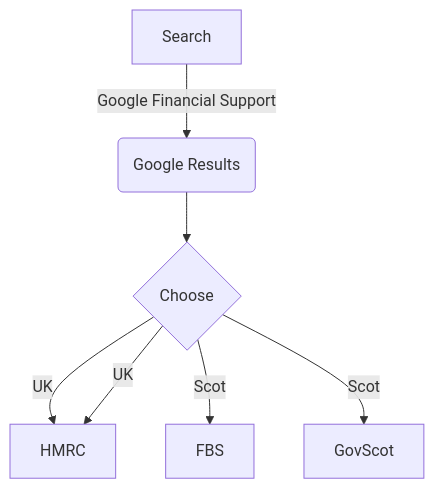
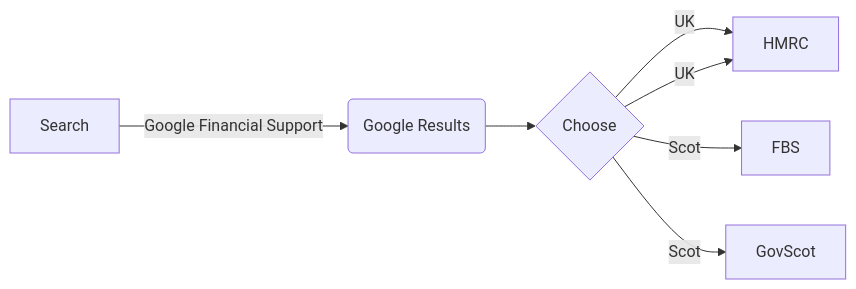
Before and after one commit to scotentSD/testing: the fourth of 5 diagrams in journey.md, drawn with Mermaid.

Commit message:
Update journey.md
mk

```diff
--- a/journey.md
+++ b/journey.md
@@ -32,10 +32,10 @@
 <div class="mermaid">
-graph TD
+graph LR
     A[Search] -->|Google Financial Support| B(Google Results)
-    B --> C{Choose   }
-    C -->|UK| D[GovUK ]
-    C -->|UK| D[HMRC ]
-    C -->|Scot| E[FBS ]
-    C -->|Scot| F[GovScot ]
+    B --> C{Choose}
+    C -->|UK| D[GovUK]
+    C -->|UK| D[HMRC]
+    C -->|Scot| E[FBS]
+    C -->|Scot| F[GovScot]
             
 </div>
```
